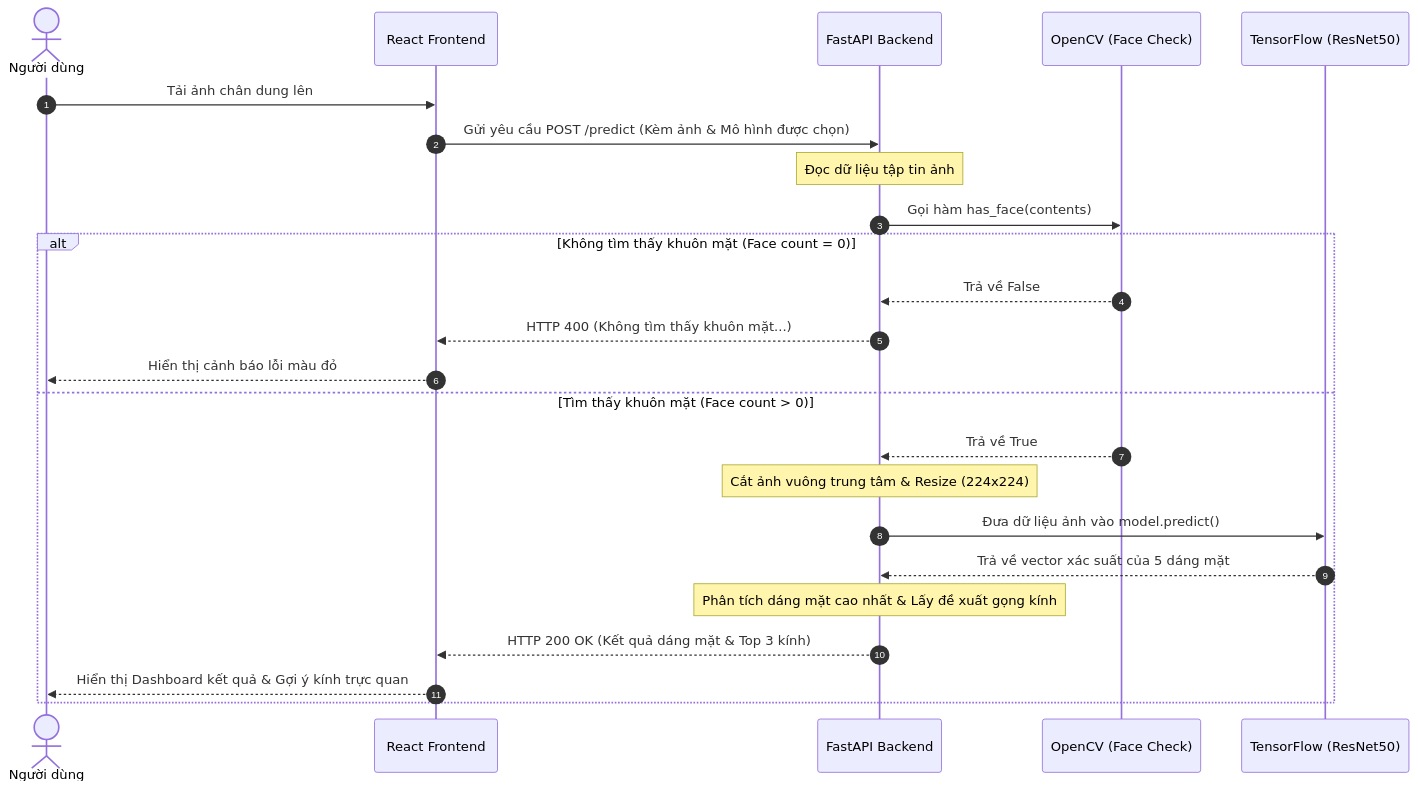
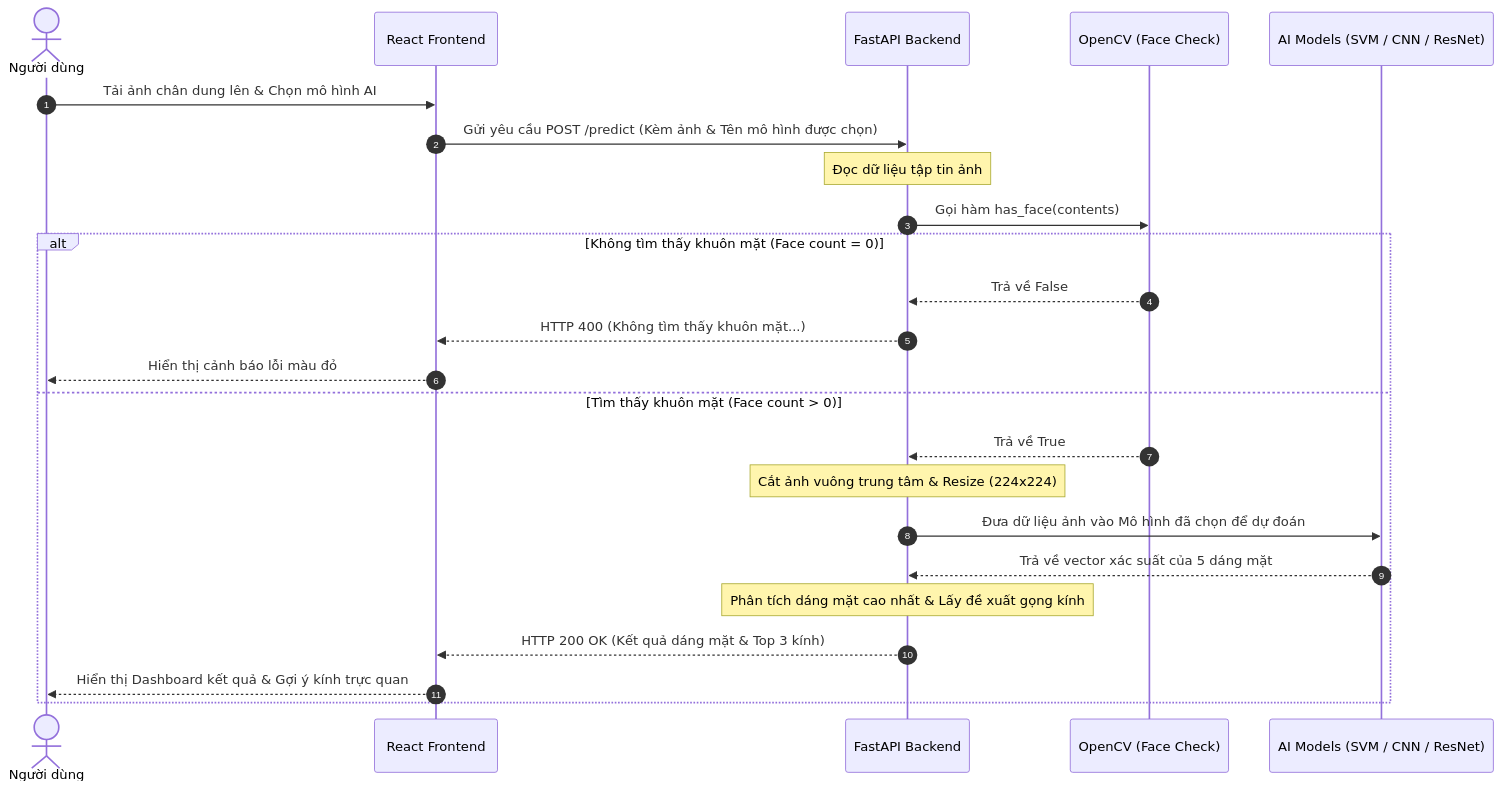
One commit to nguyenvandiennlu/FaceAI_Nhom22 changed the diagram in README.md. Above: the diagram before and after it, drawn with Mermaid. The commit also changed other lines of this file, not shown here.

Commit message:
docs: cap nhat README.md de mo ta he thong da mo hinh AI thay vi chi ghi cung ResNet50

````diff
--- a/README.md
+++ b/README.md
@@ -41,27 +41,27 @@
 ```mermaid
 sequenceDiagram
     autonumber
     actor User as Người dùng
     participant FE as React Frontend
     participant BE as FastAPI Backend
     participant CV as OpenCV (Face Check)
-    participant TF as TensorFlow (ResNet50)
+    participant AI as AI Models (SVM / CNN / ResNet)
 
-    User->>FE: Tải ảnh chân dung lên
-    FE->>BE: Gửi yêu cầu POST /predict (Kèm ảnh & Mô hình được chọn)
+    User->>FE: Tải ảnh chân dung lên & Chọn mô hình AI
+    FE->>BE: Gửi yêu cầu POST /predict (Kèm ảnh & Tên mô hình được chọn)
     Note over BE: Đọc dữ liệu tập tin ảnh
     BE->>CV: Gọi hàm has_face(contents)
     alt Không tìm thấy khuôn mặt (Face count = 0)
         CV-->>BE: Trả về False
         BE-->>FE: HTTP 400 (Không tìm thấy khuôn mặt...)
         FE-->>User: Hiển thị cảnh báo lỗi màu đỏ
     else Tìm thấy khuôn mặt (Face count > 0)
         CV-->>BE: Trả về True
         Note over BE: Cắt ảnh vuông trung tâm & Resize (224x224)
-        BE->>TF: Đưa dữ liệu ảnh vào model.predict()
-        TF-->>BE: Trả về vector xác suất của 5 dáng mặt
+        BE->>AI: Đưa dữ liệu ảnh vào Mô hình đã chọn để dự đoán
+        AI-->>BE: Trả về vector xác suất của 5 dáng mặt
         Note over BE: Phân tích dáng mặt cao nhất & Lấy đề xuất gọng kính
         BE-->>FE: HTTP 200 OK (Kết quả dáng mặt & Top 3 kính)
         FE-->>User: Hiển thị Dashboard kết quả & Gợi ý kính trực quan
     end
 ```
````
